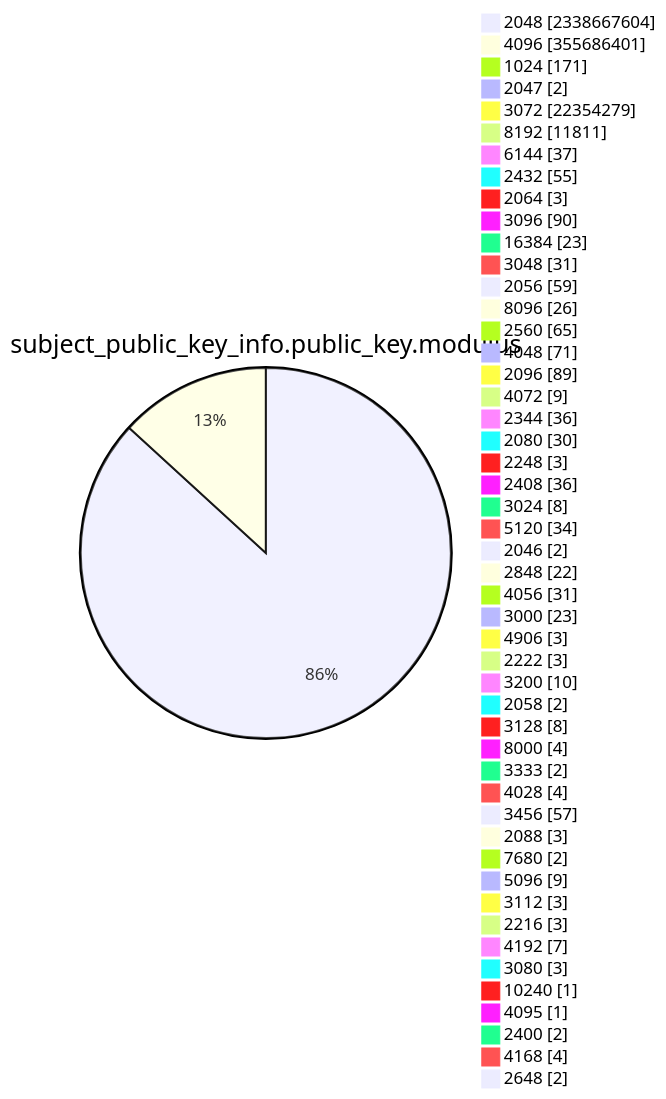
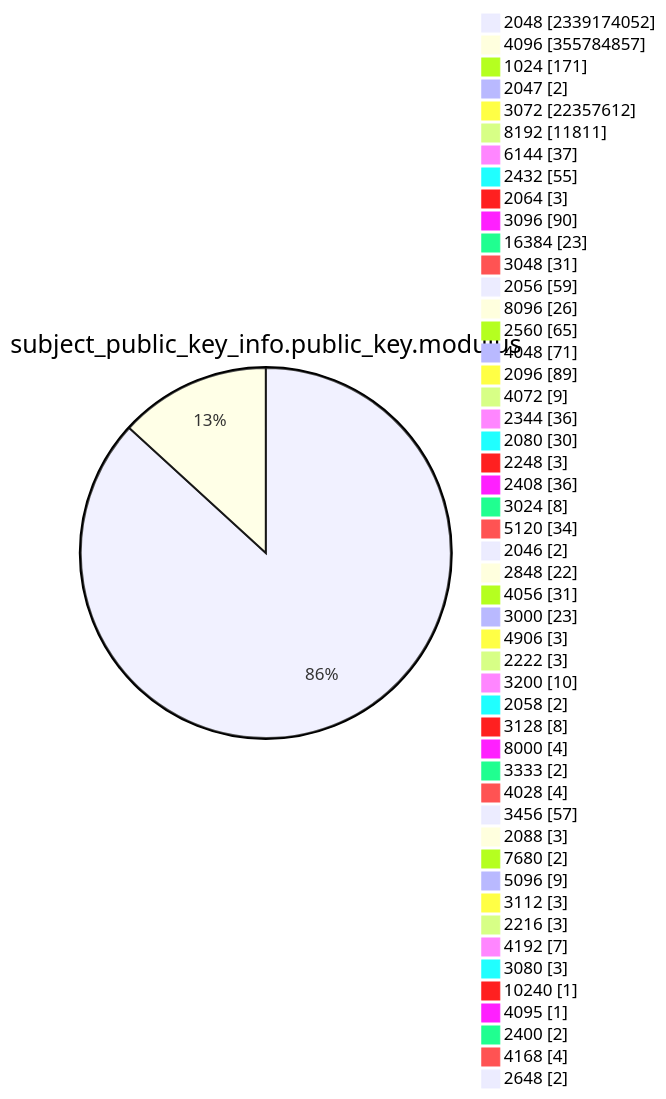
Before and after one commit to christiankrug/ctmonitor_visualization: diagram 13 of 15 in TOTAL/README.md, drawn with Mermaid. The commit also changed other lines of this file, not shown here.

````diff
--- a/TOTAL/README.md
+++ b/TOTAL/README.md
@@ -4167,53 +4167,53 @@
 ```mermaid
 pie showData
 title subject_public_key_info.public_key.modulus
-"2048" :2338667604
-"4096" :355686401
+"2048" :2339174052
+"4096" :355784857
 "1024" :171
 "2047" :2
-"3072" :22354279
+"3072" :22357612
 "8192" :11811
 "6144" :37
 "2432" :55
 "2064" :3
 "3096" :90
 "16384" :23
 "3048" :31
 "2056" :59
 "8096" :26
 "2560" :65
 "4048" :71
 "2096" :89
 "4072" :9
 "2344" :36
 "2080" :30
 "2248" :3
 "2408" :36
 "3024" :8
 "5120" :34
 "2046" :2
 "2848" :22
 "4056" :31
 "3000" :23
 "4906" :3
 "2222" :3
 "3200" :10
 "2058" :2
 "3128" :8
 "8000" :4
 "3333" :2
 "4028" :4
 "3456" :57
 "2088" :3
 "7680" :2
 "5096" :9
 "3112" :3
 "2216" :3
 "4192" :7
 "3080" :3
 "10240" :1
 "4095" :1
 "2400" :2
 "4168" :4
 "2648" :2
 ```
````
